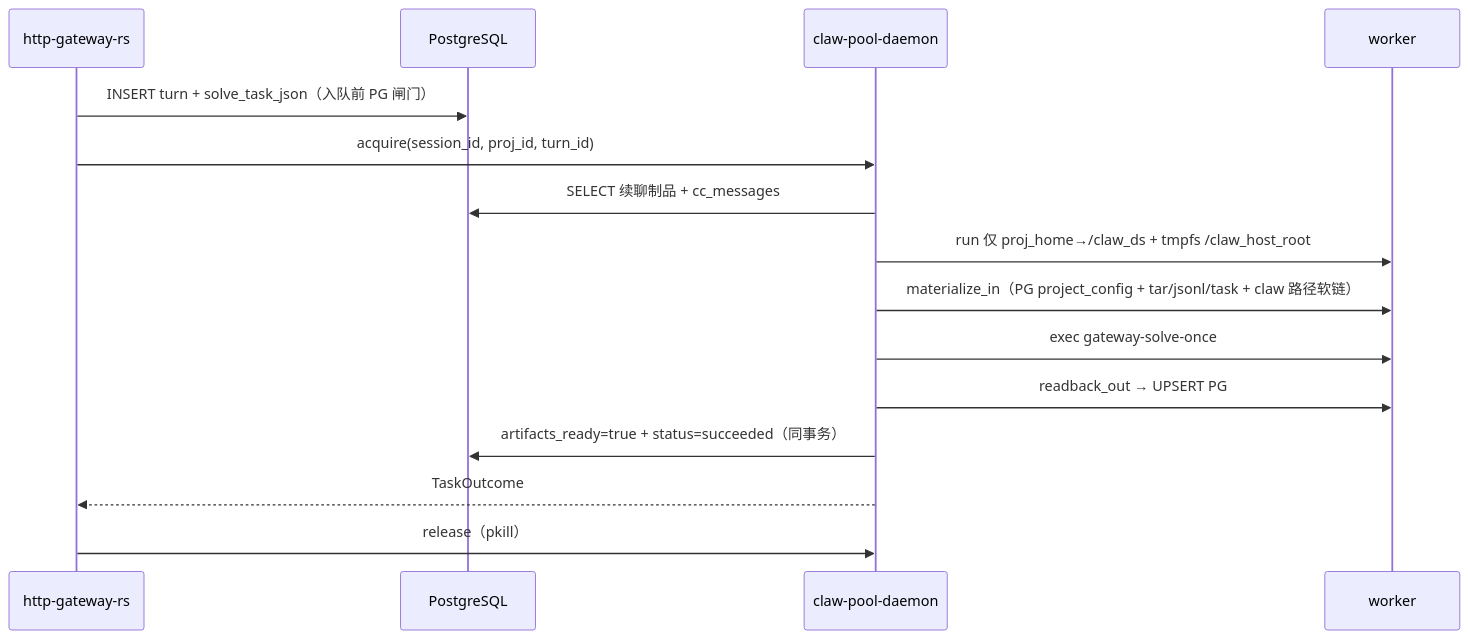
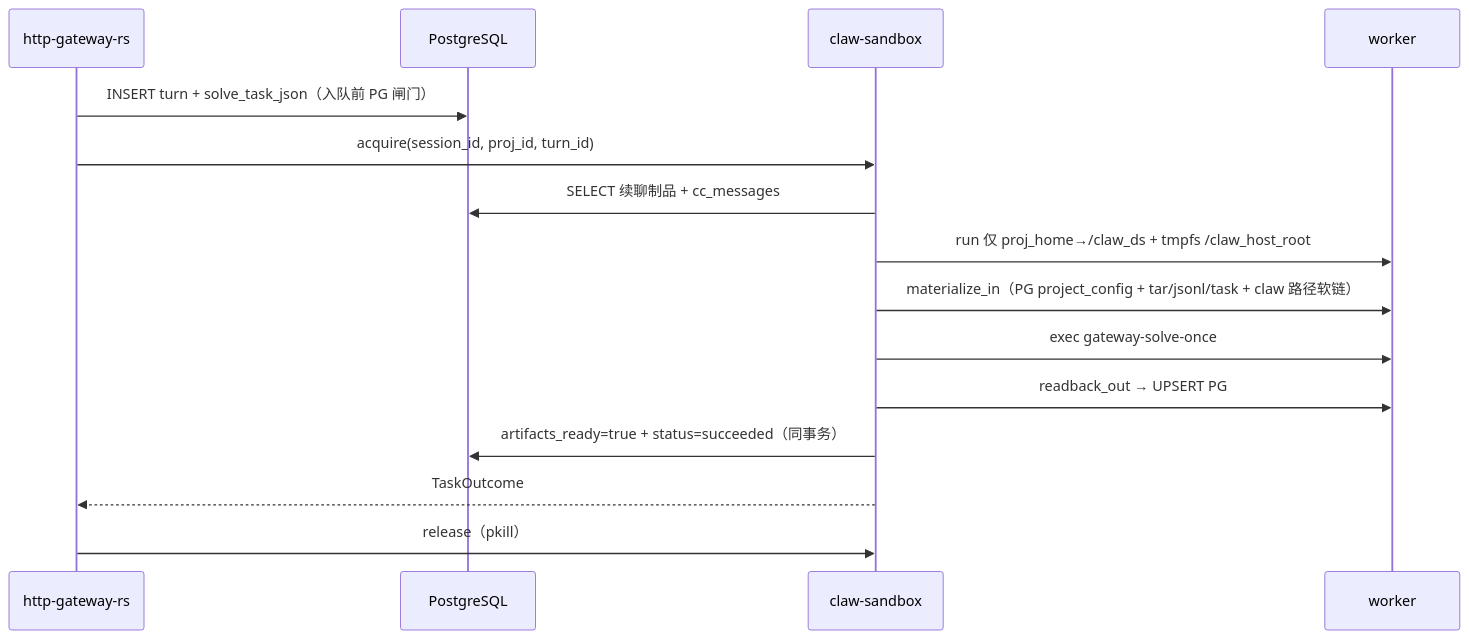
One commit to passionke/claw-code changed the diagram in docs/http-gateway-container-pool.md. Above: the diagram before and after it, drawn with Mermaid. The commit also changed other lines of this file and 11 other files, not shown here.

First line of the commit message:
docs: align pool docs with single claw-sandbox (no dual pool)

````diff
--- a/docs/http-gateway-container-pool.md
+++ b/docs/http-gateway-container-pool.md
@@ -40,18 +42,18 @@
 ```mermaid
 sequenceDiagram
     participant GW as http-gateway-rs
     participant PG as PostgreSQL
-    participant PD as claw-pool-daemon
+    participant PD as claw-sandbox
     participant W as worker
 
     GW->>PG: INSERT turn + solve_task_json（入队前 PG 闸门）
     GW->>PD: acquire(session_id, proj_id, turn_id)
     PD->>PG: SELECT 续聊制品 + cc_messages
     PD->>W: run 仅 proj_home→/claw_ds + tmpfs /claw_host_root
     PD->>W: materialize_in（PG project_config + tar/jsonl/task + claw 路径软链）
     PD->>W: exec gateway-solve-once
     PD->>W: readback_out → UPSERT PG
     PD->>PG: artifacts_ready=true + status=succeeded（同事务）
     PD-->>GW: TaskOutcome
     GW->>PD: release（pkill）
 ```
````
